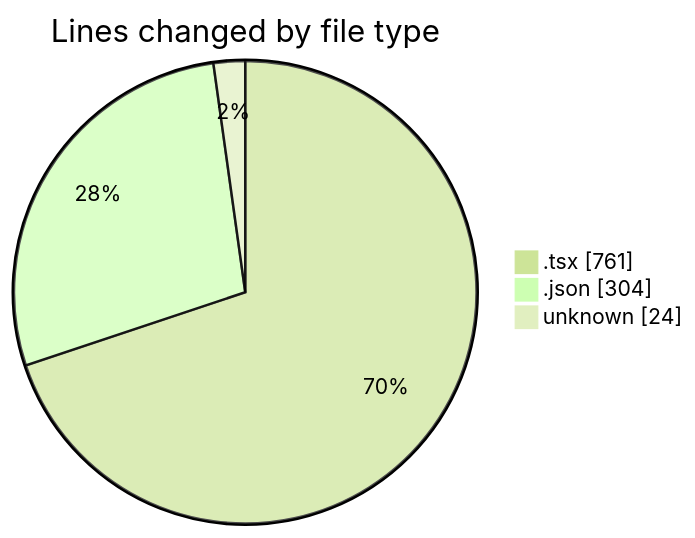
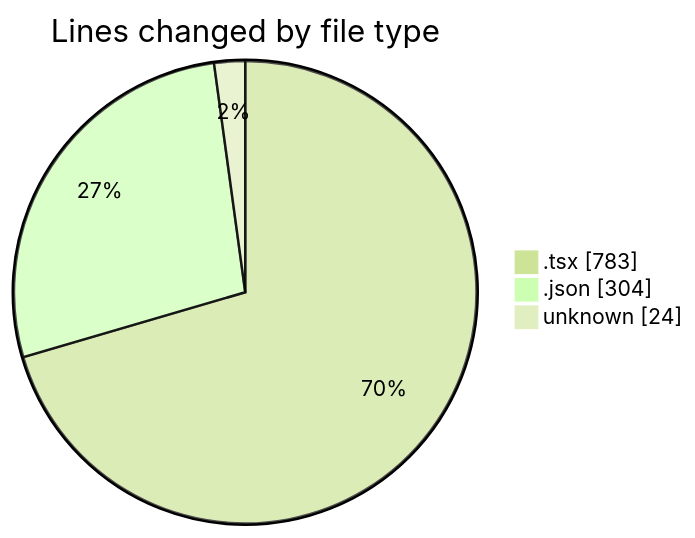
The first of 2 diagrams in 2025-07-17/ribbon/README.md (EIIisD/code-tracking), drawn with Mermaid (forest theme) before and after one commit. The commit also changed other lines of this file and 1 other file, not shown here.

````diff
--- a/2025-07-17/ribbon/README.md
+++ b/2025-07-17/ribbon/README.md
@@ -28,7 +29,7 @@
 ```mermaid
 pie showData
 title Lines changed by file type
-".tsx" : 761
+".tsx" : 783
 ".json" : 304
 "unknown" : 24
 ```
````
